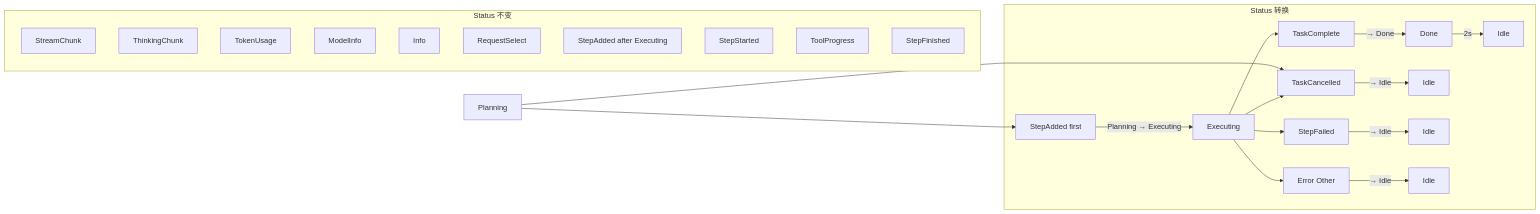
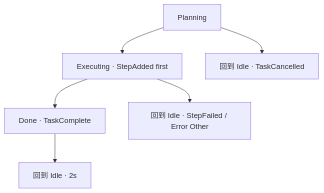
One commit to rust-infra/tact changed the fifth of 9 diagrams in book/25_chapter_protocol_zh.md. Above: the diagram before and after it, drawn with Mermaid. The commit also changed other lines of this file and 303 other files, not shown here.

````diff
--- a/book/25_chapter_protocol_zh.md
+++ b/book/25_chapter_protocol_zh.md
@@ -251,31 +225,8 @@
 ```mermaid
-flowchart LR
-    subgraph no_change["Status 不变"]
-        SC[StreamChunk]
-        TC[ThinkingChunk]
-        TU[TokenUsage]
-        MI[ModelInfo]
-        IN[Info]
-        RS[RequestSelect]
-        SA2[StepAdded after Executing]
-        SS[StepStarted]
-        TP[ToolProgress]
-        SF[StepFinished]
-    end
-
-    subgraph transitions["Status 转换"]
-        SA1[StepAdded first] -->|Planning → Executing| EX[Executing]
-        TKC[TaskComplete] -->|→ Done| DN[Done]
-        TKX[TaskCancelled] -->|→ Idle| ID0[Idle]
-        SFL[StepFailed] -->|→ Idle| ID1[Idle]
-        ER[Error Other] -->|→ Idle| ID2[Idle]
-        DN -->|2s| ID3[Idle]
-    end
-
-    P[Planning] --> SA1
-    EX --> TKC
-    EX --> TKX
-    P --> TKX
-    EX --> SFL
-    EX --> ER
+graph TD
+    a_plan[Planning] --> b_exec[Executing · StepAdded first]
+    b_exec --> c_done[Done · TaskComplete]
+    a_plan --> z_idle[回到 Idle · TaskCancelled]
+    b_exec --> y_idle[回到 Idle · StepFailed / Error Other]
+    c_done --> x_idle[回到 Idle · 2s]
 ```
````
